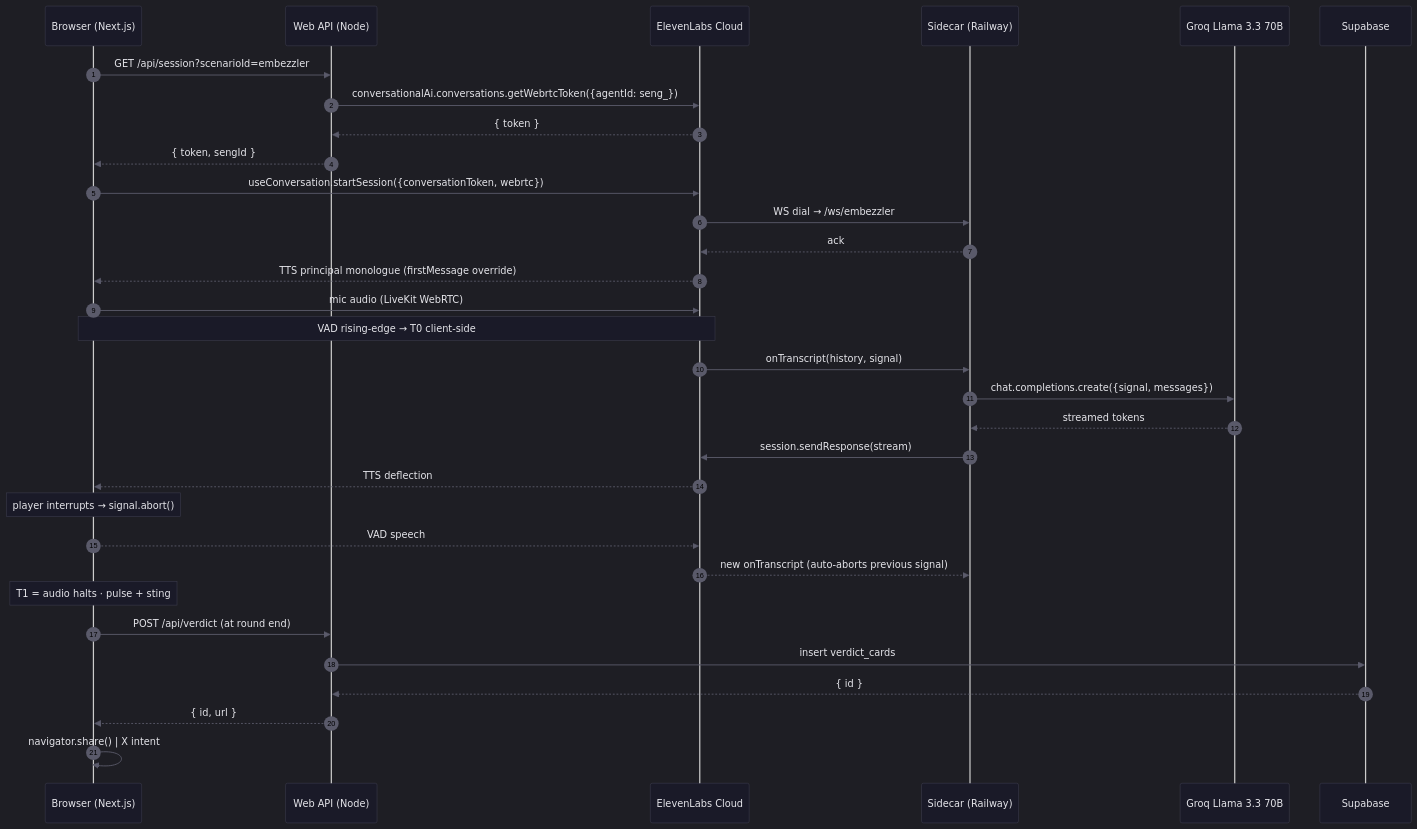
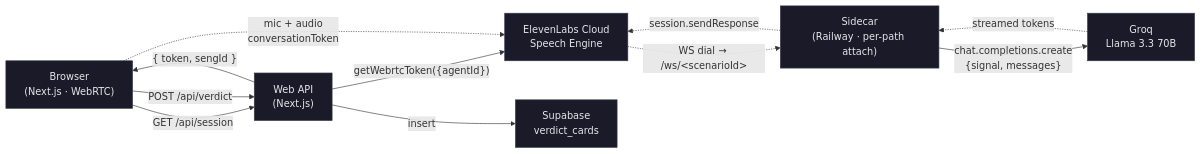
One commit to winsznx/ballhard changed the diagram in README.md. Above: the diagram before and after it, drawn with Mermaid. The commit also changed other lines of this file and 2 other files, not shown here.

Commit message:
favicon + legible architecture diagram

````diff
--- a/README.md
+++ b/README.md
@@ -39,36 +39,23 @@
 ```mermaid
-%%{init: {'theme':'dark','themeVariables':{'background':'#0a0a14','primaryColor':'#1a1a28','primaryTextColor':'#e5e5ea','primaryBorderColor':'#3a3a4a','lineColor':'#5a5a6a','actorBkg':'#1a1a28','actorBorder':'#3a3a4a','actorTextColor':'#e5e5ea','signalColor':'#5a5a6a','signalTextColor':'#e5e5ea','labelBoxBkgColor':'#1a1a28','labelTextColor':'#e5e5ea','noteBkgColor':'#1a1a28','noteTextColor':'#e5e5ea','noteBorderColor':'#3a3a4a'}}}%%
-sequenceDiagram
-  autonumber
-  participant Browser as Browser (Next.js)
-  participant Web as Web API (Node)
-  participant ElevenLabs as ElevenLabs Cloud
-  participant Sidecar as Sidecar (Railway)
-  participant LLM as Groq Llama 3.3 70B
-  participant Supabase as Supabase
+graph LR
+    Browser["Browser<br/>(Next.js · WebRTC)"]
+    Web["Web API<br/>(Next.js)"]
+    EL["ElevenLabs Cloud<br/>Speech Engine"]
+    Sidecar["Sidecar<br/>(Railway · per-path attach)"]
+    LLM["Groq<br/>Llama 3.3 70B"]
+    DB["Supabase<br/>verdict_cards"]
 
-  Browser->>Web: GET /api/session?scenarioId=embezzler
-  Web->>ElevenLabs: conversationalAi.conversations.getWebrtcToken({agentId: seng_})
-  ElevenLabs-->>Web: { token }
-  Web-->>Browser: { token, sengId }
-  Browser->>ElevenLabs: useConversation.startSession({conversationToken, webrtc})
-  ElevenLabs->>Sidecar: WS dial → /ws/embezzler
-  Sidecar-->>ElevenLabs: ack
-  ElevenLabs-->>Browser: TTS principal monologue (firstMessage override)
-  Browser->>ElevenLabs: mic audio (LiveKit WebRTC)
-  Note over Browser,ElevenLabs: VAD rising-edge → T0 client-side
-  ElevenLabs->>Sidecar: onTranscript(history, signal)
-  Sidecar->>LLM: chat.completions.create({signal, messages})
-  LLM-->>Sidecar: streamed tokens
-  Sidecar->>ElevenLabs: session.sendResponse(stream)
-  ElevenLabs-->>Browser: TTS deflection
-  Note over Browser: player interrupts → signal.abort()
-  Browser-->>ElevenLabs: VAD speech
-  ElevenLabs-->>Sidecar: new onTranscript (auto-aborts previous signal)
-  Note over Browser: T1 = audio halts · pulse + sting
-  Browser->>Web: POST /api/verdict (at round end)
-  Web->>Supabase: insert verdict_cards
-  Supabase-->>Web: { id }
-  Web-->>Browser: { id, url }
-  Browser->>Browser: navigator.share() | X intent
+    Browser -->|"GET /api/session"| Web
+    Web -->|"getWebrtcToken({agentId})"| EL
+    Web -->|"{ token, sengId }"| Browser
+    Browser -.->|"mic + audio<br/>conversationToken"| EL
+    EL -.->|"WS dial → /ws/&lt;scenarioId&gt;"| Sidecar
+    Sidecar -->|"chat.completions.create<br/>{signal, messages}"| LLM
+    LLM -.->|"streamed tokens"| Sidecar
+    Sidecar -.->|"session.sendResponse"| EL
+    Browser -->|"POST /api/verdict"| Web
+    Web -->|"insert"| DB
+
+    classDef edge fill:#1a1a28,stroke:#3a3a4a,color:#e5e5ea
+    class Browser,Web,EL,Sidecar,LLM,DB edge
 ```
````
